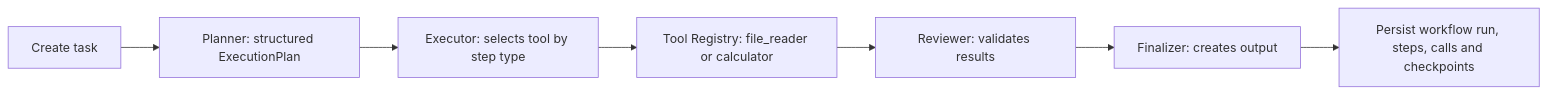
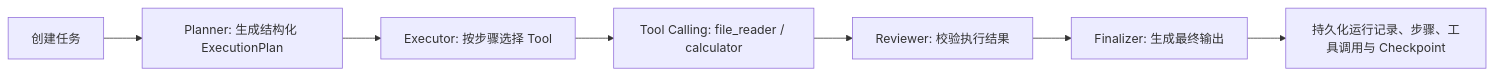
The second of 2 diagrams in README.md (XingYiLiii/agent-workflow-platform), drawn with Mermaid before and after one commit. The commit also changed other lines of this file, not shown here.

````diff
--- a/README.md
+++ b/README.md
@@ -30,9 +31,9 @@
 ```mermaid
 flowchart LR
-    A["Create task"] --> B["Planner: structured ExecutionPlan"]
-    B --> C["Executor: selects tool by step type"]
-    C --> D["Tool Registry: file_reader or calculator"]
-    D --> E["Reviewer: validates results"]
-    E --> F["Finalizer: creates output"]
-    F --> G["Persist workflow run, steps, calls and checkpoints"]
+    A["创建任务"] --> B["Planner: 生成结构化 ExecutionPlan"]
+    B --> C["Executor: 按步骤选择 Tool"]
+    C --> D["Tool Calling: file_reader / calculator"]
+    D --> E["Reviewer: 校验执行结果"]
+    E --> F["Finalizer: 生成最终输出"]
+    F --> G["持久化运行记录、步骤、工具调用与 Checkpoint"]
 ```
````
